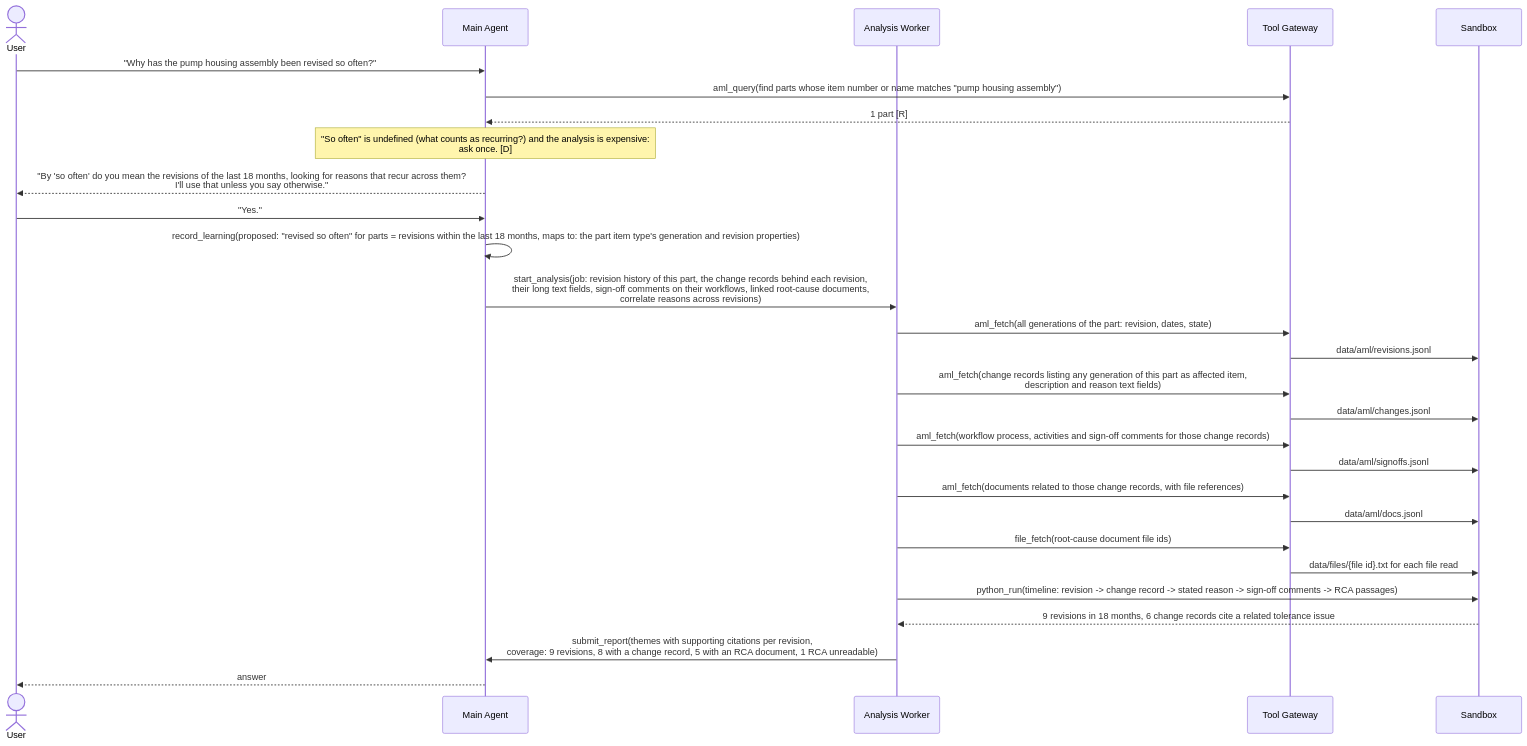
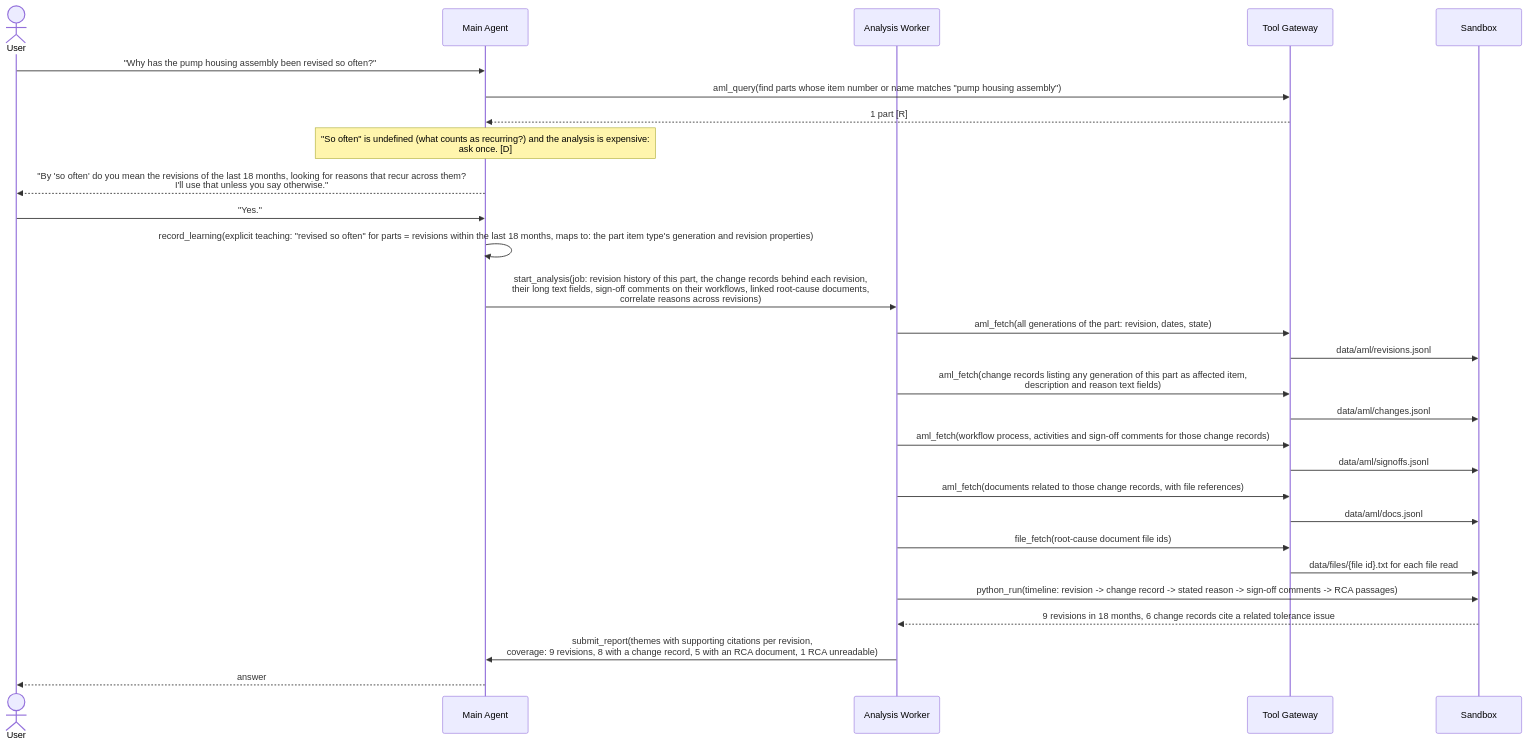
The sixth of 8 diagrams in docs/architecture/question-lifecycle.md (omkarbhale/aras-insight), drawn with Mermaid before and after one commit. The commit also changed other lines of this file and 95 other files, not shown here.

````diff
--- a/docs/architecture/question-lifecycle.md
+++ b/docs/architecture/question-lifecycle.md
@@ -208,31 +208,31 @@
 ```mermaid
 sequenceDiagram
     actor U as User
     participant MA as Main Agent
     participant W as Analysis Worker
     participant GW as Tool Gateway
     participant SB as Sandbox
 
     U->>MA: "Why has the pump housing assembly been revised so often?"
     MA->>GW: aml_query(find parts whose item number or name matches "pump housing assembly")
     GW-->>MA: 1 part [R]
     Note over MA: "So often" is undefined (what counts as recurring?) and the analysis is expensive:<br/>ask once. [D]
     MA-->>U: "By 'so often' do you mean the revisions of the last 18 months, looking for reasons that recur across them?<br/>I'll use that unless you say otherwise."
     U->>MA: "Yes."
-    MA->>MA: record_learning(proposed: "revised so often" for parts = revisions within the last 18 months, maps to: the part item type's generation and revision properties)
+    MA->>MA: record_learning(explicit teaching: "revised so often" for parts = revisions within the last 18 months, maps to: the part item type's generation and revision properties)
     MA->>W: start_analysis(job: revision history of this part, the change records behind each revision,<br/>their long text fields, sign-off comments on their workflows, linked root-cause documents,<br/>correlate reasons across revisions)
     W->>GW: aml_fetch(all generations of the part: revision, dates, state)
     GW->>SB: data/aml/revisions.jsonl
     W->>GW: aml_fetch(change records listing any generation of this part as affected item,<br/>description and reason text fields)
     GW->>SB: data/aml/changes.jsonl
     W->>GW: aml_fetch(workflow process, activities and sign-off comments for those change records)
     GW->>SB: data/aml/signoffs.jsonl
     W->>GW: aml_fetch(documents related to those change records, with file references)
     GW->>SB: data/aml/docs.jsonl
     W->>GW: file_fetch(root-cause document file ids)
     GW->>SB: data/files/{file id}.txt for each file read
     W->>SB: python_run(timeline: revision -> change record -> stated reason -> sign-off comments -> RCA passages)
     SB-->>W: 9 revisions in 18 months, 6 change records cite a related tolerance issue
     W->>MA: submit_report(themes with supporting citations per revision,<br/>coverage: 9 revisions, 8 with a change record, 5 with an RCA document, 1 RCA unreadable)
     MA-->>U: answer
 ```
````
